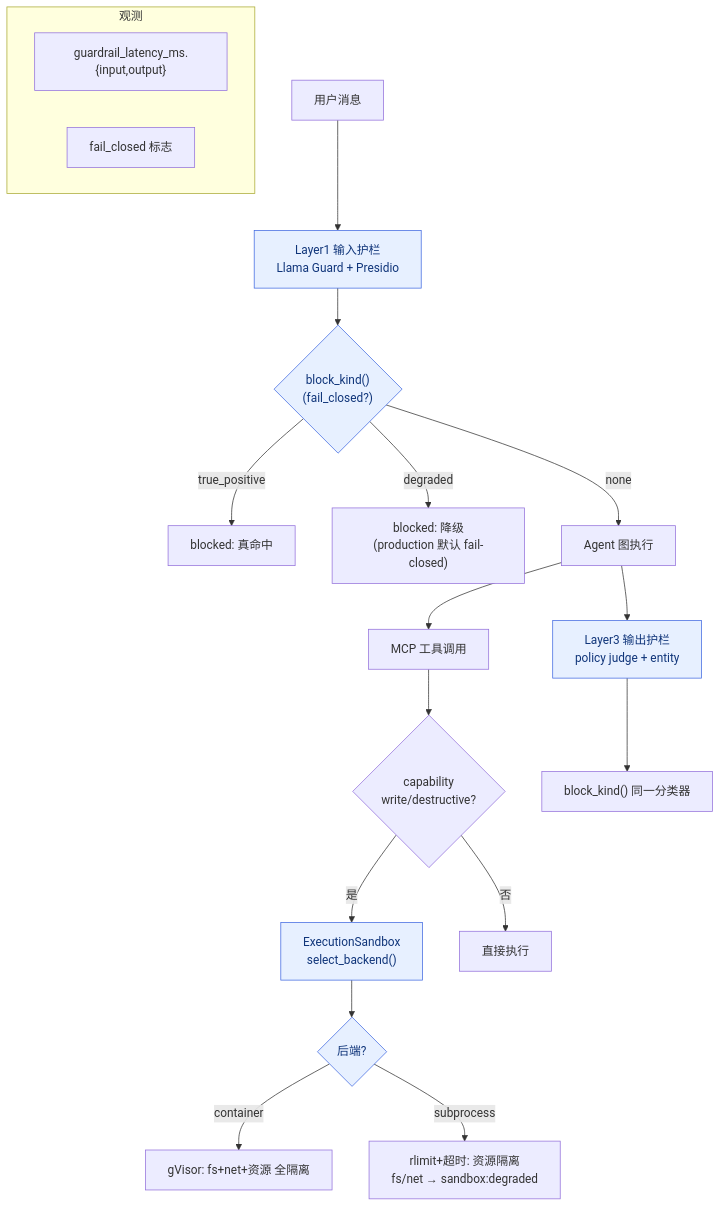
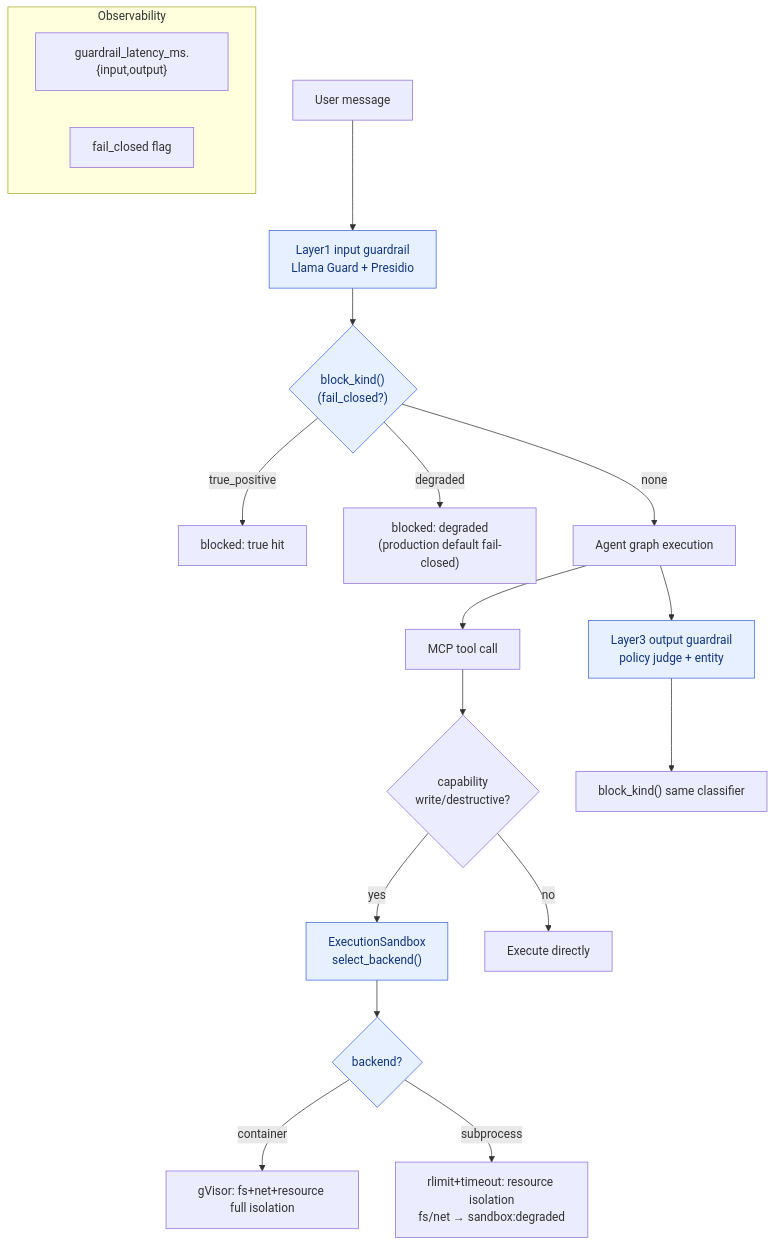
The diagram in docs/milestone-10-plan.md (AndyUneducated/resolve-ai), drawn with Mermaid before and after one commit. The commit also changed other lines of this file and 79 other files, not shown here.

````diff
--- a/docs/milestone-10-plan.md
+++ b/docs/milestone-10-plan.md
@@ -13,23 +13,23 @@
 ```mermaid
 flowchart TD
-  msg["用户消息"] --> ig["Layer1 输入护栏<br/>Llama Guard + Presidio"]
+  msg["User message"] --> ig["Layer1 input guardrail<br/>Llama Guard + Presidio"]
   ig --> bk{"block_kind()<br/>(fail_closed?)"}
-  bk -- true_positive --> blk["blocked: 真命中"]
-  bk -- degraded --> blk2["blocked: 降级<br/>(production 默认 fail-closed)"]
-  bk -- none --> agent["Agent 图执行"]
-  agent --> tool["MCP 工具调用"]
+  bk -- true_positive --> blk["blocked: true hit"]
+  bk -- degraded --> blk2["blocked: degraded<br/>(production default fail-closed)"]
+  bk -- none --> agent["Agent graph execution"]
+  agent --> tool["MCP tool call"]
   tool --> cap{"capability<br/>write/destructive?"}
-  cap -- 是 --> sb["ExecutionSandbox<br/>select_backend()"]
-  sb --> be{"后端?"}
-  be -- container --> full["gVisor: fs+net+资源 全隔离"]
-  be -- subprocess --> part["rlimit+超时: 资源隔离<br/>fs/net → sandbox:degraded"]
-  cap -- 否 --> exec["直接执行"]
-  agent --> og["Layer3 输出护栏<br/>policy judge + entity"]
-  og --> bk2["block_kind() 同一分类器"]
-  subgraph obs["观测"]
+  cap -- yes --> sb["ExecutionSandbox<br/>select_backend()"]
+  sb --> be{"backend?"}
+  be -- container --> full["gVisor: fs+net+resource full isolation"]
+  be -- subprocess --> part["rlimit+timeout: resource isolation<br/>fs/net → sandbox:degraded"]
+  cap -- no --> exec["Execute directly"]
+  agent --> og["Layer3 output guardrail<br/>policy judge + entity"]
+  og --> bk2["block_kind() same classifier"]
+  subgraph obs["Observability"]
     lat["guardrail_latency_ms.{input,output}"]
-    fc["fail_closed 标志"]
+    fc["fail_closed flag"]
   end
   classDef done fill:#e7f0ff,stroke:#4169E1,color:#10357a;
   class ig,bk,sb,be,og done;
 ```
````
